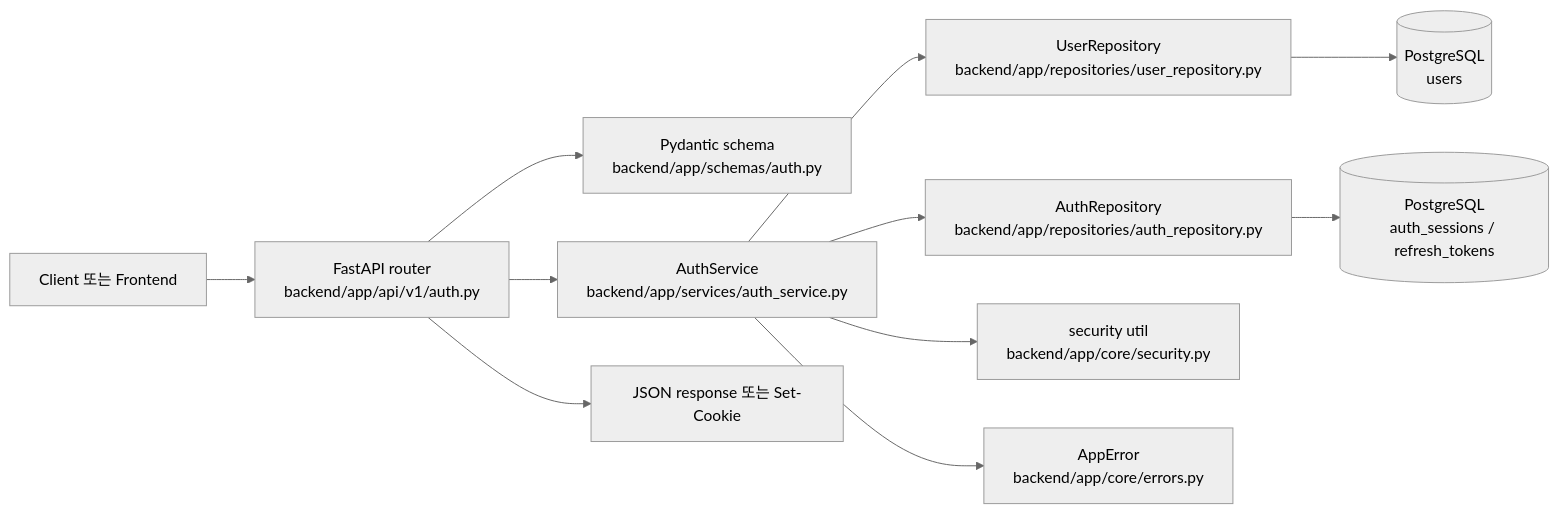
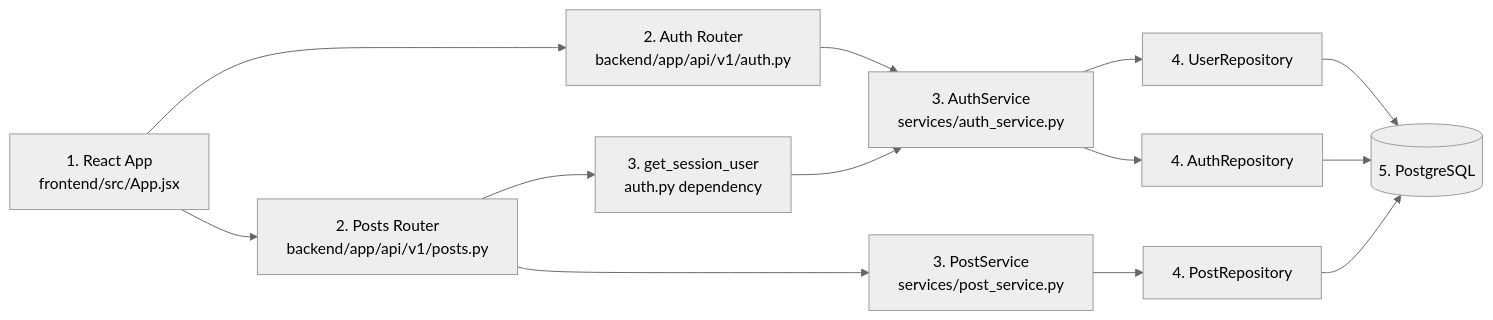
Before and after one commit to JUNGLE-TEAM1/W16_team_sprint: the first of 7 diagrams in docs/sprint-2-execution-flow-guide.md, drawn with Mermaid (neutral theme). The commit also changed other lines of this file and 21 other files, not shown here.

Commit message:
feat: finalize sprint 2 session auth

````diff
--- a/docs/sprint-2-execution-flow-guide.md
+++ b/docs/sprint-2-execution-flow-guide.md
@@ -17,13 +7,15 @@
 ```mermaid
 flowchart LR
-    Client[Client 또는 Frontend] --> Router[FastAPI router<br/>backend/app/api/v1/auth.py]
-    Router --> Schema[Pydantic schema<br/>backend/app/schemas/auth.py]
-    Router --> Service[AuthService<br/>backend/app/services/auth_service.py]
-    Service --> UserRepo[UserRepository<br/>backend/app/repositories/user_repository.py]
-    Service --> AuthRepo[AuthRepository<br/>backend/app/repositories/auth_repository.py]
-    UserRepo --> DB[(PostgreSQL<br/>users)]
-    AuthRepo --> DB2[(PostgreSQL<br/>auth_sessions / refresh_tokens)]
-    Service --> Security[security util<br/>backend/app/core/security.py]
-    Service --> Error[AppError<br/>backend/app/core/errors.py]
-    Router --> Response[JSON response 또는 Set-Cookie]
+    F1["1. React App<br/>frontend/src/App.jsx"] --> F2["2. Auth Router<br/>backend/app/api/v1/auth.py"]
+    F1 --> F3["2. Posts Router<br/>backend/app/api/v1/posts.py"]
+    F2 --> F4["3. AuthService<br/>services/auth_service.py"]
+    F3 --> F5["3. get_session_user<br/>auth.py dependency"]
+    F5 --> F4
+    F4 --> F6["4. UserRepository"]
+    F4 --> F7["4. AuthRepository"]
+    F3 --> F8["3. PostService<br/>services/post_service.py"]
+    F8 --> F9["4. PostRepository"]
+    F6 --> F10[("5. PostgreSQL")]
+    F7 --> F10
+    F9 --> F10
 ```
````
